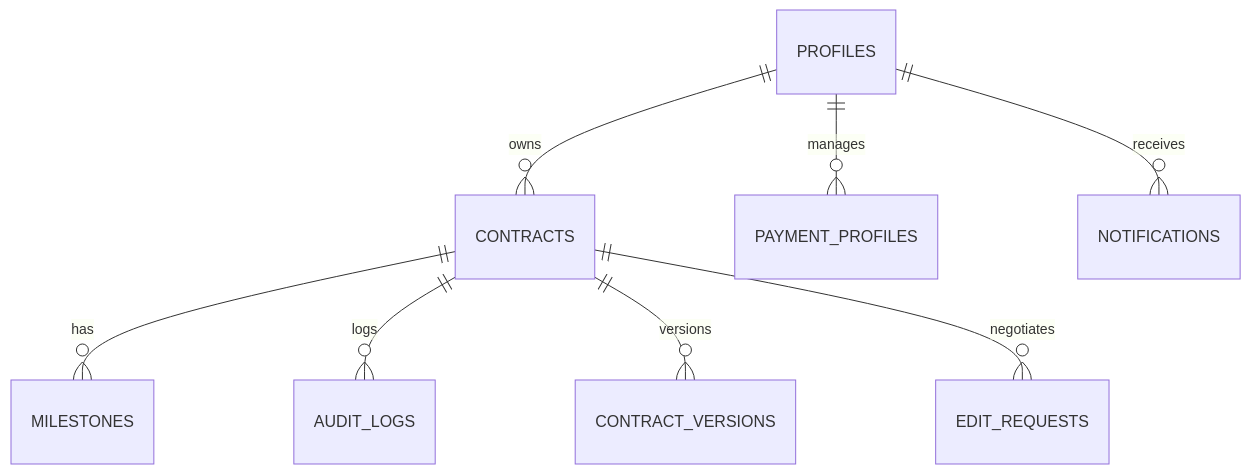
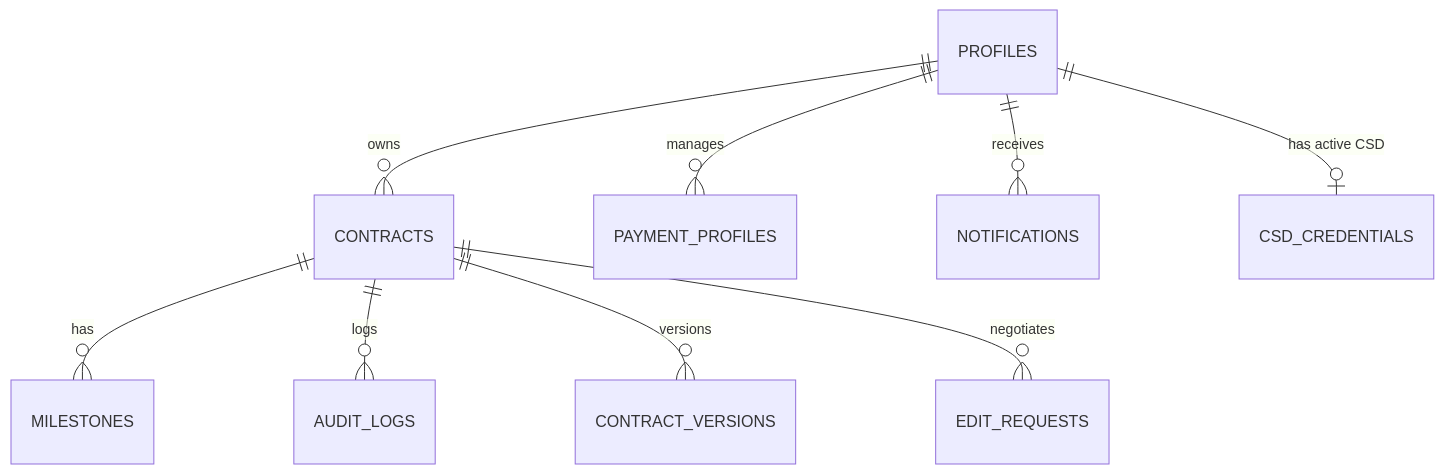
One commit to jesushzv/contract-tracker changed the diagram in design_docs/architecture-data-model.md. Above: the diagram before and after it, drawn with Mermaid. The commit also changed other lines of this file and 20 other files, not shown here.

````diff
--- a/design_docs/architecture-data-model.md
+++ b/design_docs/architecture-data-model.md
@@ -11,10 +11,11 @@
 ```mermaid
 erDiagram
     PROFILES ||--o{ CONTRACTS : "owns"
     PROFILES ||--o{ PAYMENT_PROFILES : "manages"
     CONTRACTS ||--o{ MILESTONES : "has"
     CONTRACTS ||--o{ AUDIT_LOGS : "logs"
     CONTRACTS ||--o{ CONTRACT_VERSIONS : "versions"
     CONTRACTS ||--o{ EDIT_REQUESTS : "negotiates"
     PROFILES ||--o{ NOTIFICATIONS : "receives"
+    PROFILES ||--o| CSD_CREDENTIALS : "has active CSD"
 ```
````
